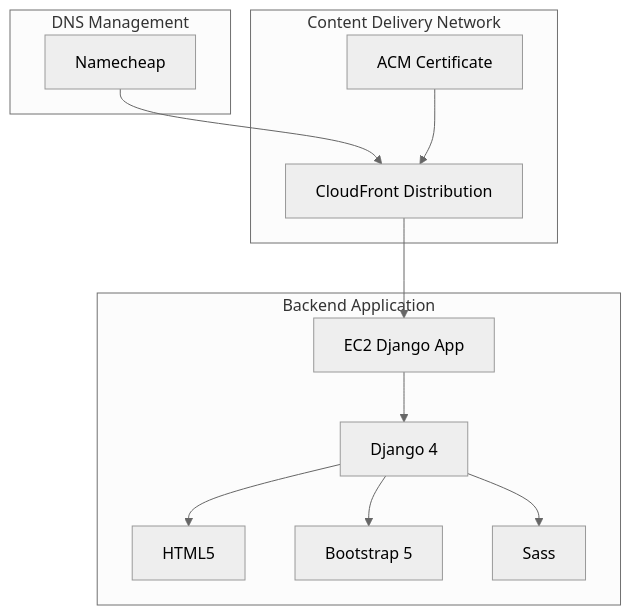
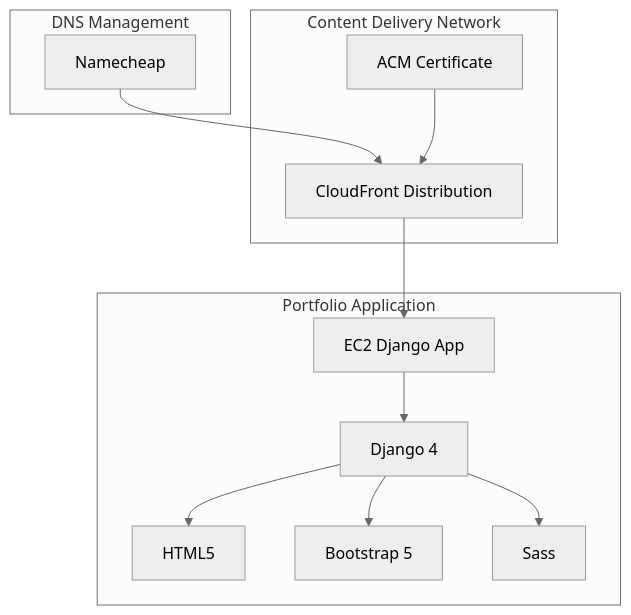
The second of 2 diagrams in README.md (Atharvack/AWS-Portfolio), drawn with Mermaid (neutral theme) before and after one commit. The commit also changed other lines of this file, not shown here.

```diff
--- a/README.md
+++ b/README.md
@@ -55,33 +52,33 @@
 <div class ="mermaid">
 
 
 graph TB
     subgraph "DNS Management"
         NAMECHEAP[Namecheap]
         
     end
 
     subgraph "Content Delivery Network"
         CF[CloudFront Distribution]
         ACM[ACM Certificate]
     end
 
-    subgraph "Backend Application"
+    subgraph "Portfolio Application"
         EC2[EC2 Django App]
         DJANGO[Django 4]
         HTML5[HTML5]
         BOOTSTRAP[Bootstrap 5]
         SASS[Sass]
         
         EC2 --> DJANGO
         DJANGO --> HTML5
         DJANGO --> BOOTSTRAP
         DJANGO --> SASS
     end
 
     NAMECHEAP --> CF
     ACM --> CF
     CF --> EC2
 
 
 </div>
```
